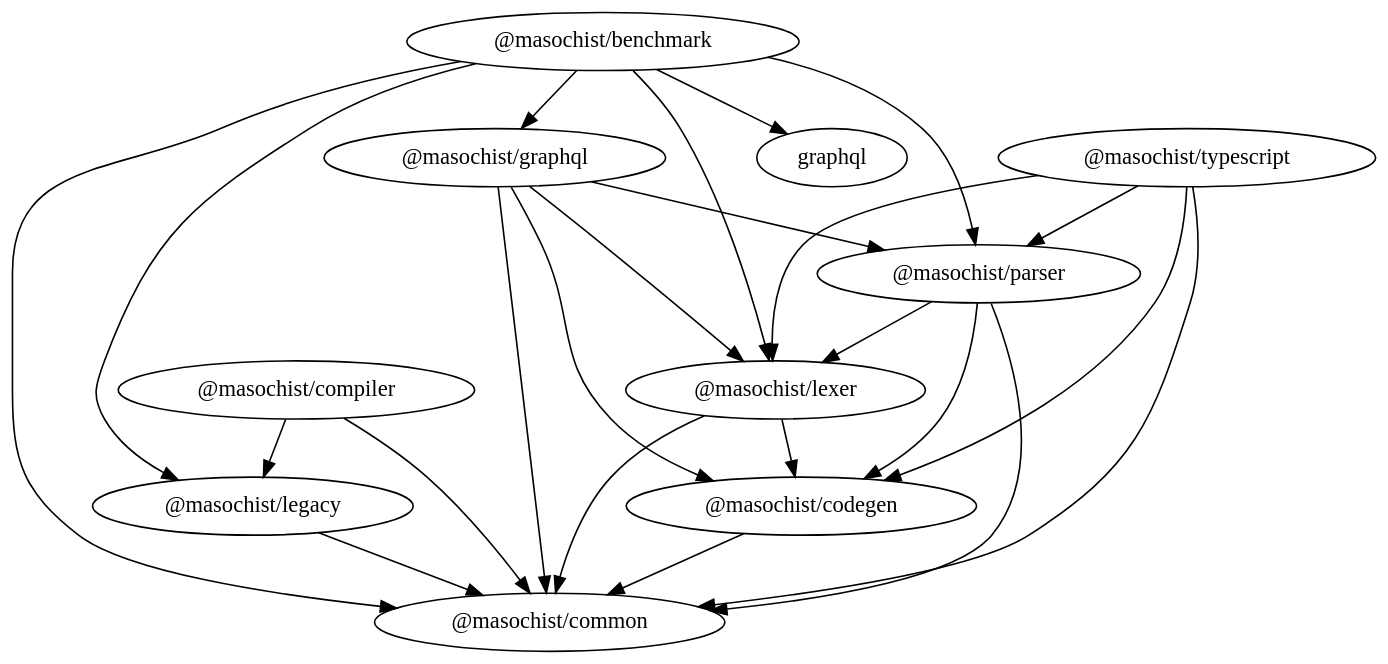
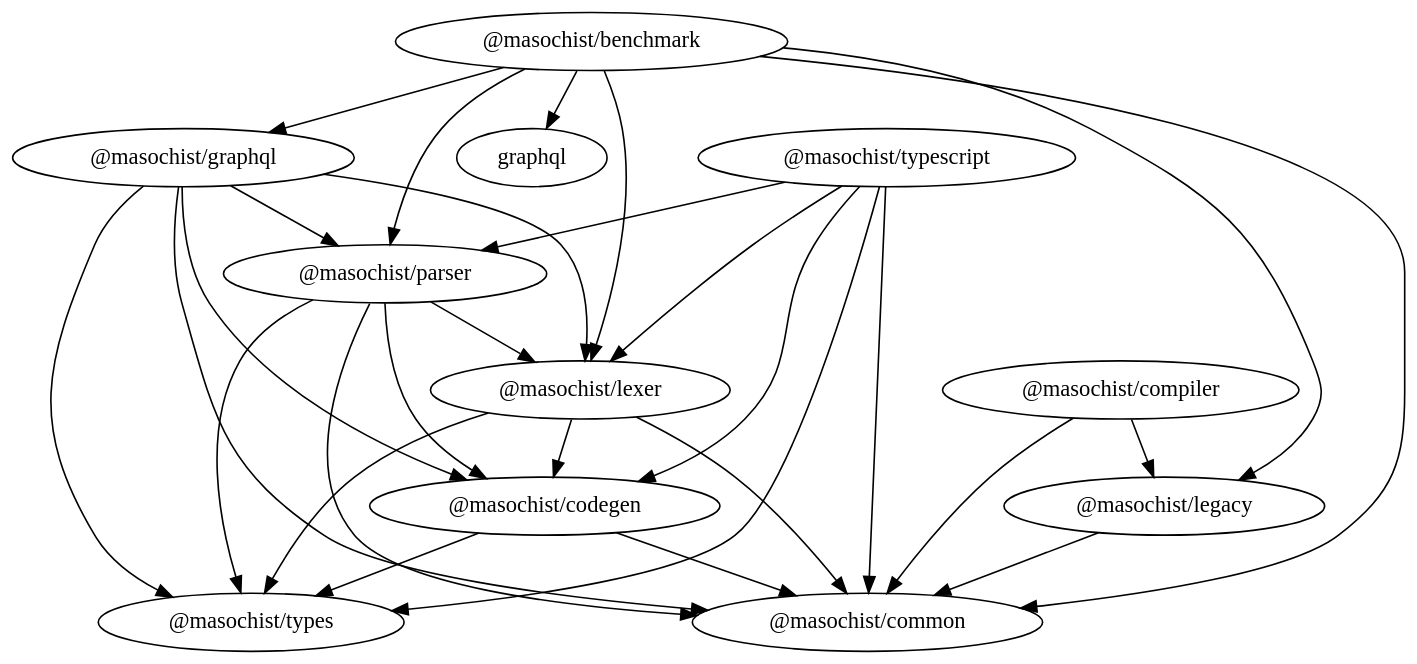
Before and after one commit to wincent/masochist: the diagram in docs/packages-light.dot, drawn with Graphviz. The commit also changed 21 other files, not shown here.

```diff
--- a/docs/packages-light.dot
+++ b/docs/packages-light.dot
@@ -1,42 +1,47 @@
 // vim: set nomodifiable : DO NOT EDIT
 //
 // Edit "support/dotifyDependencyGraph.ts" and run "make docs" instead.
 //
 // @generated
 
 digraph dependency_graph {
   bgcolor = "transparent";
 
   node[color = "black", fontcolor = "black"]; "@masochist/benchmark"
   node[color = "black", fontcolor = "black"]; "@masochist/codegen"
   node[color = "black", fontcolor = "black"]; "@masochist/compiler"
   node[color = "black", fontcolor = "black"]; "@masochist/graphql"
   node[color = "black", fontcolor = "black"]; "@masochist/legacy"
   node[color = "black", fontcolor = "black"]; "@masochist/lexer"
   node[color = "black", fontcolor = "black"]; "@masochist/parser"
   node[color = "black", fontcolor = "black"]; "@masochist/typescript"
 
   "@masochist/benchmark" -> "@masochist/common" [color = "black", fontcolor = "black"];
   "@masochist/benchmark" -> "@masochist/graphql" [color = "black", fontcolor = "black"];
   "@masochist/benchmark" -> "@masochist/legacy" [color = "black", fontcolor = "black"];
   "@masochist/benchmark" -> "@masochist/lexer" [color = "black", fontcolor = "black"];
   "@masochist/benchmark" -> "@masochist/parser" [color = "black", fontcolor = "black"];
   "@masochist/benchmark" -> "graphql" [color = "black", fontcolor = "black"];
   "@masochist/codegen" -> "@masochist/common" [color = "black", fontcolor = "black"];
+  "@masochist/codegen" -> "@masochist/types" [color = "black", fontcolor = "black"];
   "@masochist/compiler" -> "@masochist/common" [color = "black", fontcolor = "black"];
   "@masochist/compiler" -> "@masochist/legacy" [color = "black", fontcolor = "black"];
   "@masochist/graphql" -> "@masochist/codegen" [color = "black", fontcolor = "black"];
   "@masochist/graphql" -> "@masochist/common" [color = "black", fontcolor = "black"];
   "@masochist/graphql" -> "@masochist/lexer" [color = "black", fontcolor = "black"];
   "@masochist/graphql" -> "@masochist/parser" [color = "black", fontcolor = "black"];
+  "@masochist/graphql" -> "@masochist/types" [color = "black", fontcolor = "black"];
   "@masochist/legacy" -> "@masochist/common" [color = "black", fontcolor = "black"];
   "@masochist/lexer" -> "@masochist/codegen" [color = "black", fontcolor = "black"];
   "@masochist/lexer" -> "@masochist/common" [color = "black", fontcolor = "black"];
+  "@masochist/lexer" -> "@masochist/types" [color = "black", fontcolor = "black"];
   "@masochist/parser" -> "@masochist/codegen" [color = "black", fontcolor = "black"];
   "@masochist/parser" -> "@masochist/common" [color = "black", fontcolor = "black"];
   "@masochist/parser" -> "@masochist/lexer" [color = "black", fontcolor = "black"];
+  "@masochist/parser" -> "@masochist/types" [color = "black", fontcolor = "black"];
   "@masochist/typescript" -> "@masochist/codegen" [color = "black", fontcolor = "black"];
   "@masochist/typescript" -> "@masochist/common" [color = "black", fontcolor = "black"];
   "@masochist/typescript" -> "@masochist/lexer" [color = "black", fontcolor = "black"];
   "@masochist/typescript" -> "@masochist/parser" [color = "black", fontcolor = "black"];
+  "@masochist/typescript" -> "@masochist/types" [color = "black", fontcolor = "black"];
 }
```
